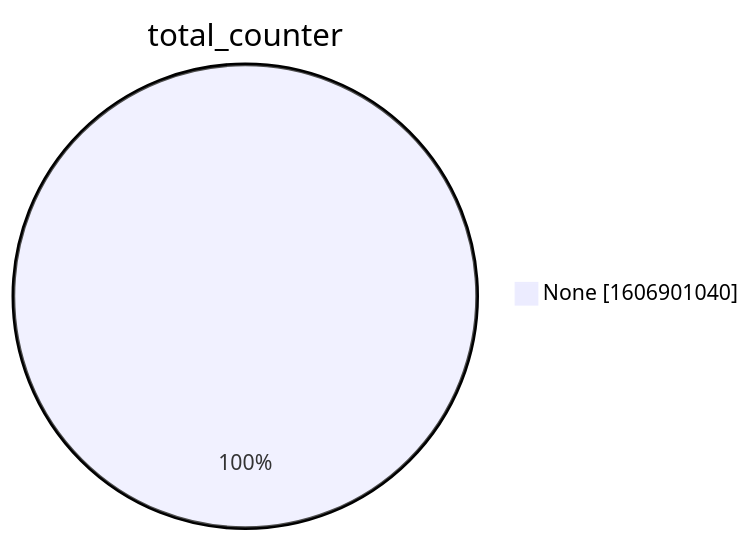
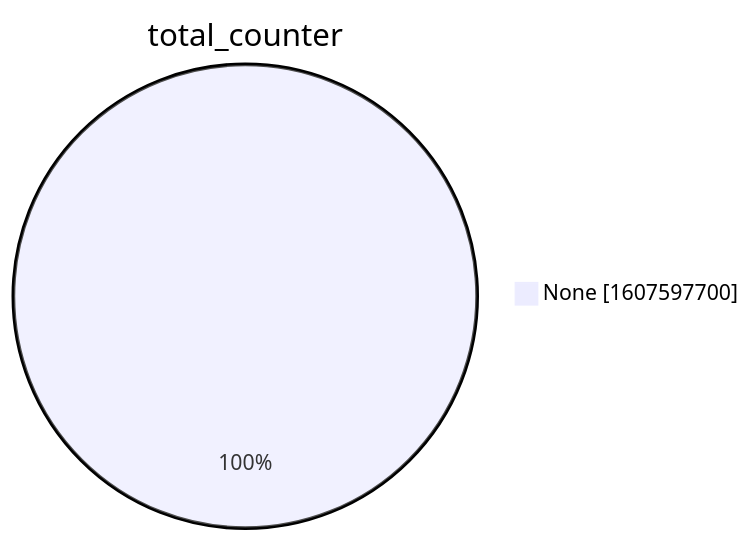
Before and after one commit to christiankrug/ctmonitor_visualization: the second of 15 diagrams in xenon2022/README.md, drawn with Mermaid. The commit also changed other lines of this file, not shown here.

````diff
--- a/xenon2022/README.md
+++ b/xenon2022/README.md
@@ -9,5 +9,5 @@
 ```mermaid
 pie showData
 title total_counter
-"None" :1606901040
+"None" :1607597700
 ```
````
